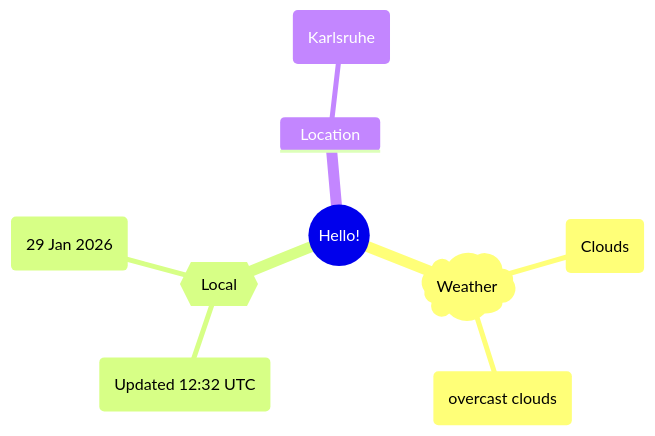
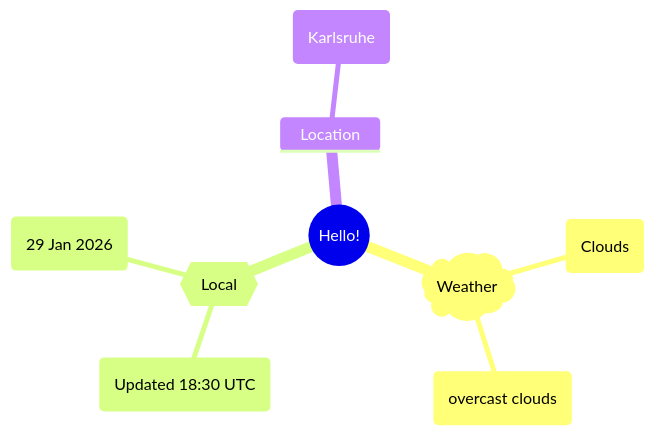
Before and after one commit to Xosrov/Xosrov: the first of 2 diagrams in README.md, drawn with Mermaid.

Commit message:
[bot] updated images

````diff
--- a/README.md
+++ b/README.md
@@ -3,12 +3,12 @@
 ```mermaid
 mindmap
   root((Hello!))
     )Weather(
         (Clouds)
         (overcast clouds)
     {{Local}}
-        (Updated 12:32 UTC)
+        (Updated 18:30 UTC)
         (29 Jan 2026)
     Location
         (Karlsruhe)
 ```
````
